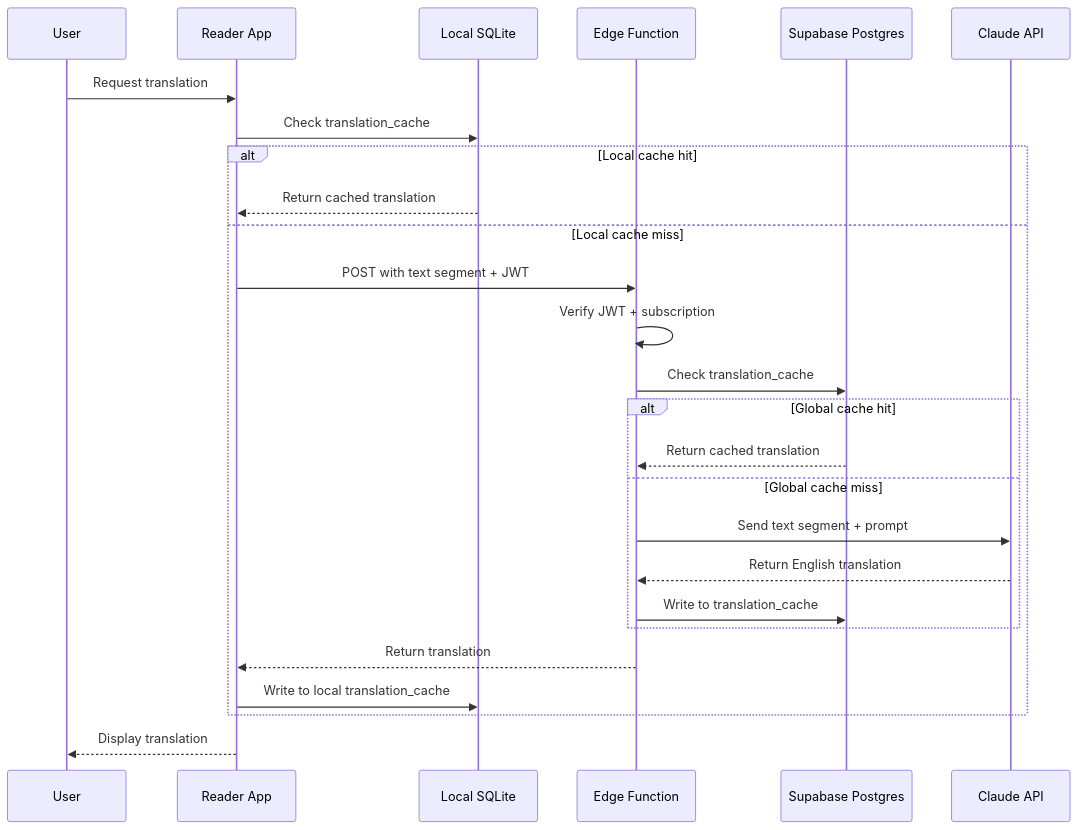
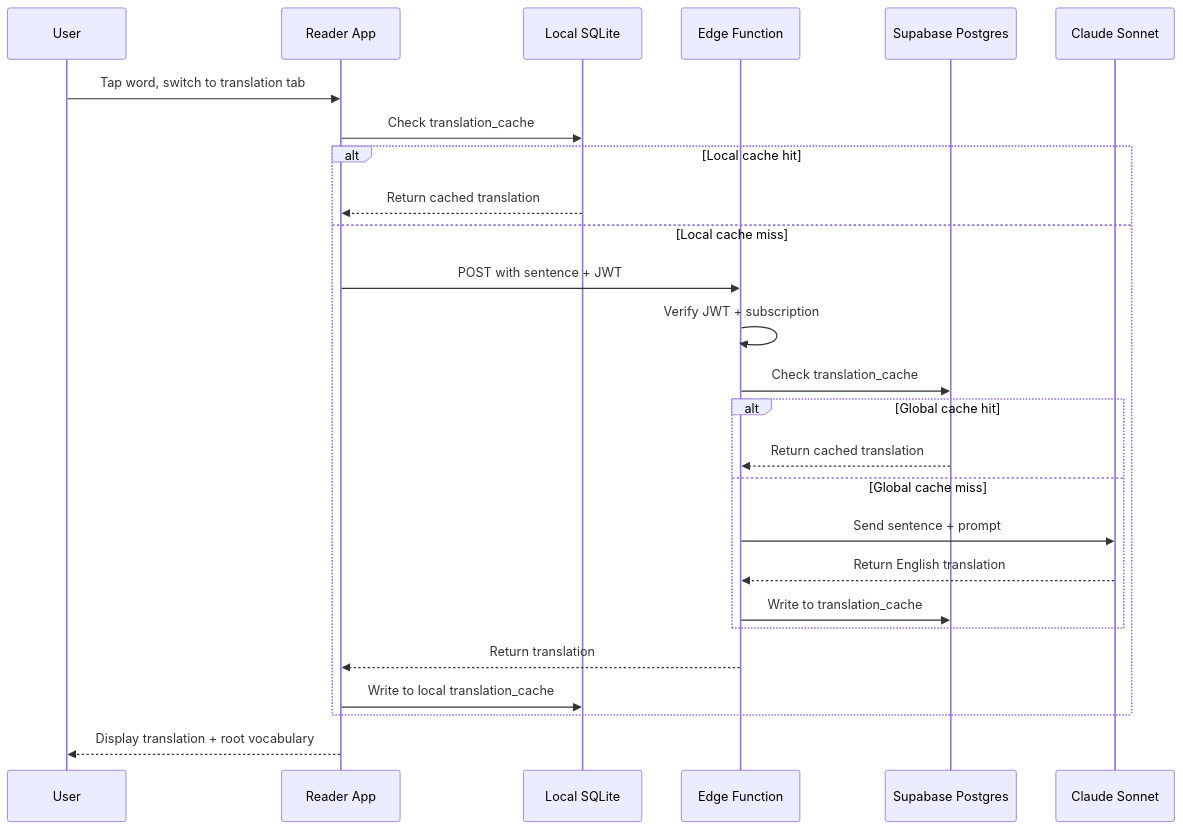
One commit to yousefh409/suhuf changed the diagram in docs/agents/translation.md. Above: the diagram before and after it, drawn with Mermaid. The commit also changed other lines of this file and 85 other files, not shown here.

````diff
--- a/docs/agents/translation.md
+++ b/docs/agents/translation.md
@@ -9,29 +22,29 @@
 ```mermaid
 sequenceDiagram
     participant U as User
     participant A as Reader App
     participant L as Local SQLite
     participant F as Edge Function
     participant G as Supabase Postgres
-    participant C as Claude API
+    participant C as Claude Sonnet
 
-    U->>A: Request translation
+    U->>A: Tap word, switch to translation tab
     A->>L: Check translation_cache
     alt Local cache hit
         L-->>A: Return cached translation
     else Local cache miss
-        A->>F: POST with text segment + JWT
+        A->>F: POST with sentence + JWT
         F->>F: Verify JWT + subscription
         F->>G: Check translation_cache
         alt Global cache hit
             G-->>F: Return cached translation
         else Global cache miss
-            F->>C: Send text segment + prompt
+            F->>C: Send sentence + prompt
             C-->>F: Return English translation
             F->>G: Write to translation_cache
         end
         F-->>A: Return translation
         A->>L: Write to local translation_cache
     end
-    A-->>U: Display translation
+    A-->>U: Display translation + root vocabulary
 ```
````
